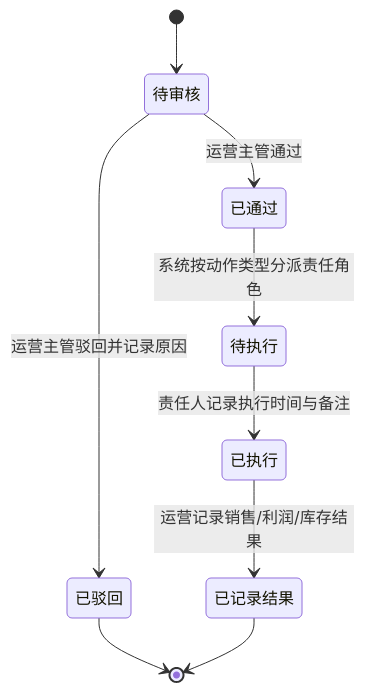
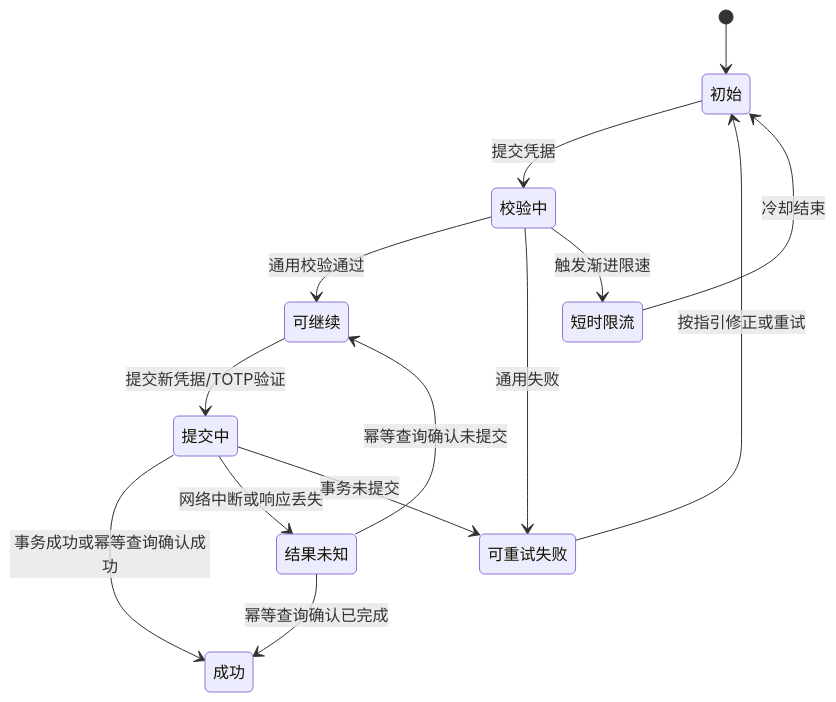
One commit to johnsonsmilequran/profit-decision-engine changed the sixth of 7 diagrams in 趣然AI商品经营利润决策助手/drafts/r1-architect.md. Above: the diagram before and after it, drawn with Mermaid. The commit also changed other lines of this file and 2 other files, not shown here.

````diff
--- a/趣然AI商品经营利润决策助手/drafts/r1-architect.md
+++ b/趣然AI商品经营利润决策助手/drafts/r1-architect.md
@@ -350,11 +311,16 @@
 ```mermaid
 stateDiagram-v2
-    [*] --> 待审核
-    待审核 --> 已驳回: 运营主管驳回并记录原因
-    待审核 --> 已通过: 运营主管通过
-    已通过 --> 待执行: 系统按动作类型分派责任角色
-    待执行 --> 已执行: 责任人记录执行时间与备注
-    已执行 --> 已记录结果: 运营记录销售/利润/库存结果
-    已驳回 --> [*]
-    已记录结果 --> [*]
+    [*] --> 初始
+    初始 --> 校验中: 提交凭据
+    校验中 --> 可继续: 通用校验通过
+    校验中 --> 可重试失败: 通用失败
+    校验中 --> 短时限流: 触发渐进限速
+    可继续 --> 提交中: 提交新凭据/TOTP验证
+    提交中 --> 成功: 事务成功或幂等查询确认成功
+    提交中 --> 结果未知: 网络中断或响应丢失
+    提交中 --> 可重试失败: 事务未提交
+    结果未知 --> 成功: 幂等查询确认已完成
+    结果未知 --> 可继续: 幂等查询确认未提交
+    短时限流 --> 初始: 冷却结束
+    可重试失败 --> 初始: 按指引修正或重试
 ```
````
